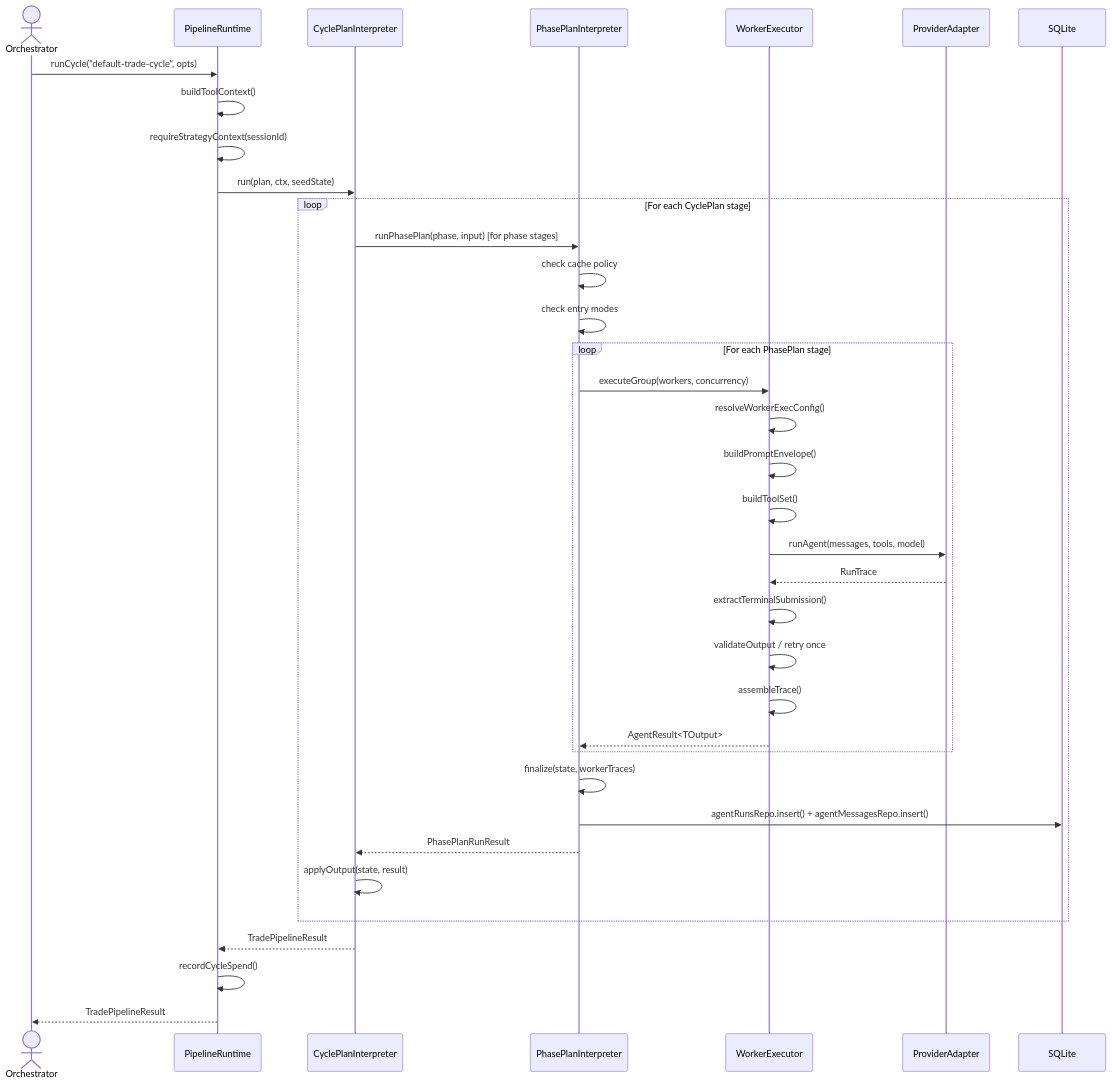
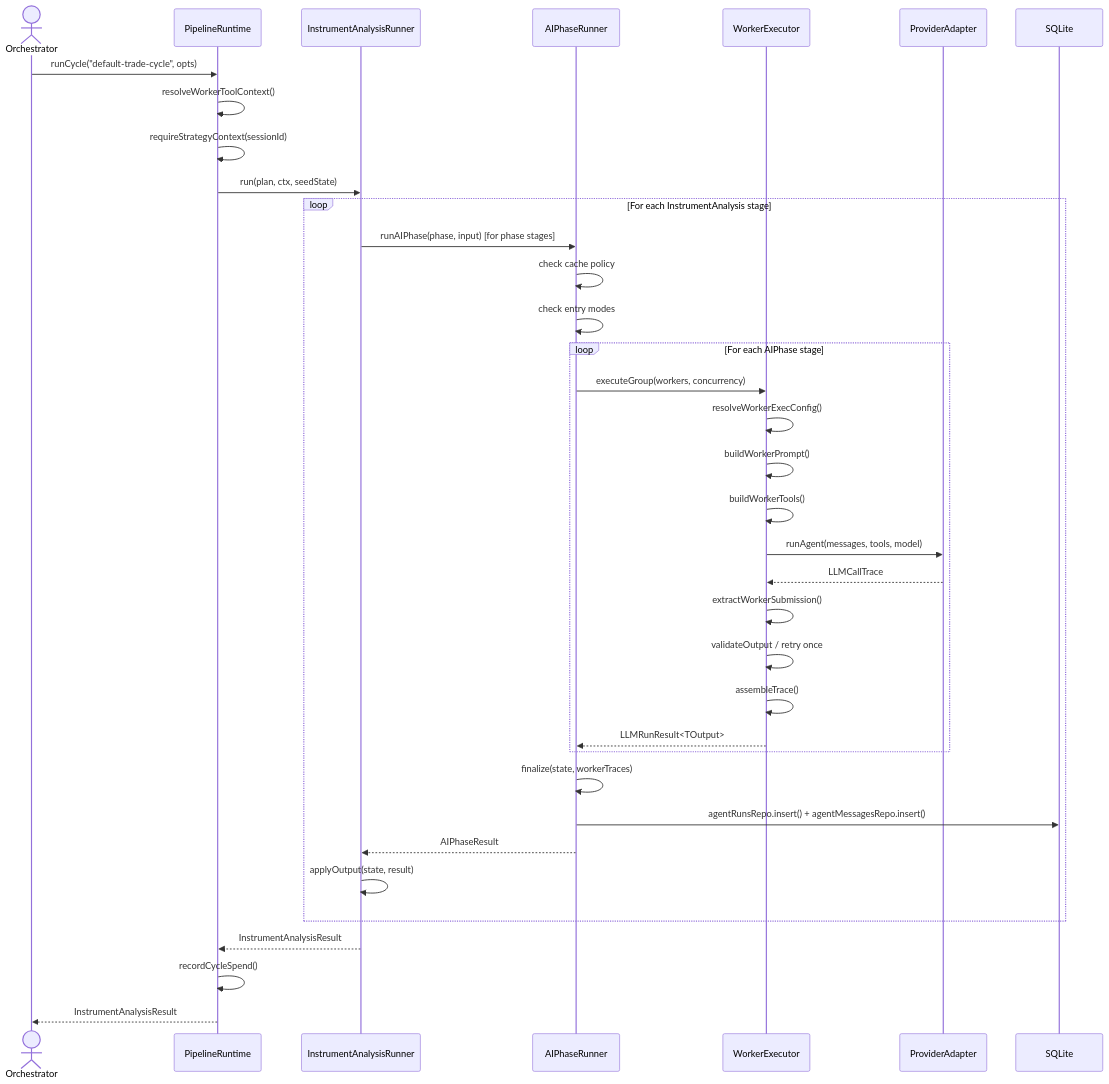
Before and after one commit to KennethAtchon/Exva: the fourth of 10 diagrams in docs/architecture/pipeline-runtime.md, drawn with Mermaid. The commit also changed other lines of this file and 206 other files, not shown here.

````diff
--- a/docs/architecture/pipeline-runtime.md
+++ b/docs/architecture/pipeline-runtime.md
@@ -444,41 +444,41 @@
 ```mermaid
 sequenceDiagram
     actor Orchestrator
     participant PR as PipelineRuntime
-    participant CPI as CyclePlanInterpreter
-    participant PPI as PhasePlanInterpreter
+    participant CPI as InstrumentAnalysisRunner
+    participant PPI as AIPhaseRunner
     participant WE as WorkerExecutor
     participant PROV as ProviderAdapter
     participant DB as SQLite
 
     Orchestrator->>PR: runCycle("default-trade-cycle", opts)
-    PR->>PR: buildToolContext()
+    PR->>PR: resolveWorkerToolContext()
     PR->>PR: requireStrategyContext(sessionId)
     PR->>CPI: run(plan, ctx, seedState)
 
-    loop For each CyclePlan stage
-        CPI->>PPI: runPhasePlan(phase, input) [for phase stages]
+    loop For each InstrumentAnalysis stage
+        CPI->>PPI: runAIPhase(phase, input) [for phase stages]
         PPI->>PPI: check cache policy
         PPI->>PPI: check entry modes
-        loop For each PhasePlan stage
+        loop For each AIPhase stage
             PPI->>WE: executeGroup(workers, concurrency)
             WE->>WE: resolveWorkerExecConfig()
-            WE->>WE: buildPromptEnvelope()
-            WE->>WE: buildToolSet()
+            WE->>WE: buildWorkerPrompt()
+            WE->>WE: buildWorkerTools()
             WE->>PROV: runAgent(messages, tools, model)
-            PROV-->>WE: RunTrace
-            WE->>WE: extractTerminalSubmission()
+            PROV-->>WE: LLMCallTrace
+            WE->>WE: extractWorkerSubmission()
             WE->>WE: validateOutput / retry once
             WE->>WE: assembleTrace()
-            WE-->>PPI: AgentResult<TOutput>
+            WE-->>PPI: LLMRunResult<TOutput>
         end
         PPI->>PPI: finalize(state, workerTraces)
         PPI->>DB: agentRunsRepo.insert() + agentMessagesRepo.insert()
-        PPI-->>CPI: PhasePlanRunResult
+        PPI-->>CPI: AIPhaseResult
         CPI->>CPI: applyOutput(state, result)
     end
 
-    CPI-->>PR: TradePipelineResult
+    CPI-->>PR: InstrumentAnalysisResult
     PR->>PR: recordCycleSpend()
-    PR-->>Orchestrator: TradePipelineResult
+    PR-->>Orchestrator: InstrumentAnalysisResult
 ```
````
